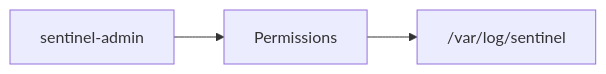
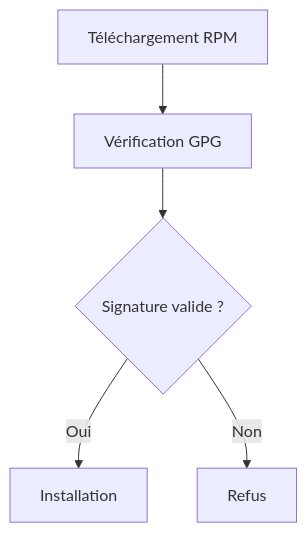
One commit to tdelaclos/formations changed diagram 15 of 20 in campagne 1/1.5.md. Above: the diagram before and after it, drawn with Mermaid. The commit also changed other lines of this file, not shown here.

````diff
--- a/campagne 1/1.5.md
+++ b/campagne 1/1.5.md
@@ -1018,9 +921,18 @@
 ```mermaid
-flowchart LR
+flowchart TD
 
-A["sentinel-admin"]
+A["Téléchargement RPM"]
 
-A --> B["Permissions"]
+B["Vérification GPG"]
 
-B --> C["/var/log/sentinel"]
+C{"Signature valide ?"}
+
+D["Installation"]
+
+E["Refus"]
+
+A --> B
+B --> C
+C -->|Oui| D
+C -->|Non| E
 ```
````
